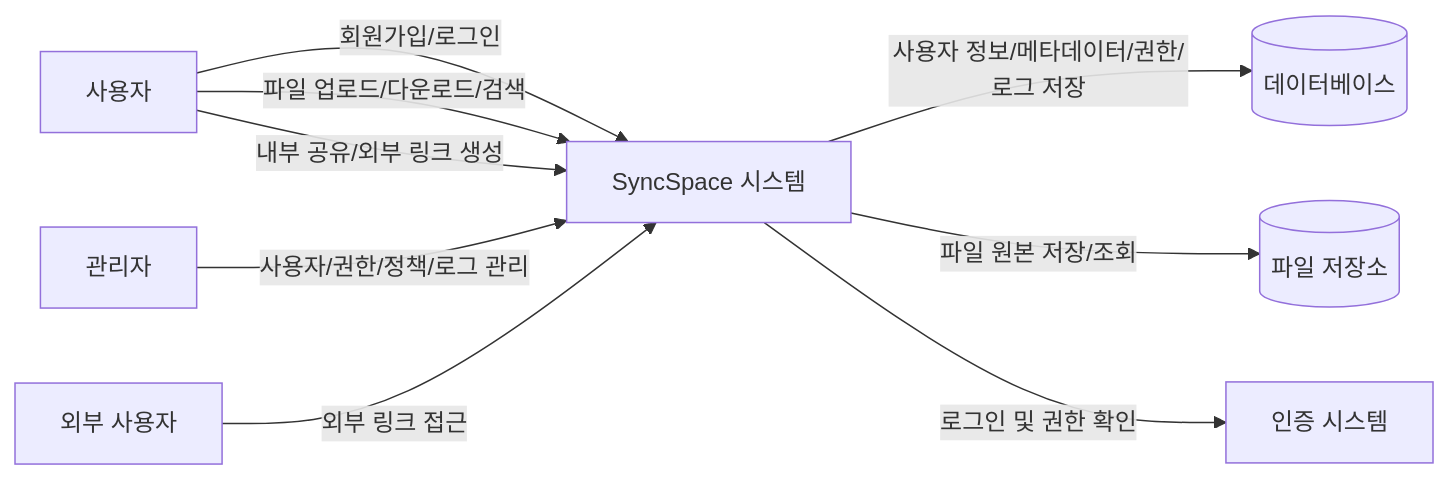
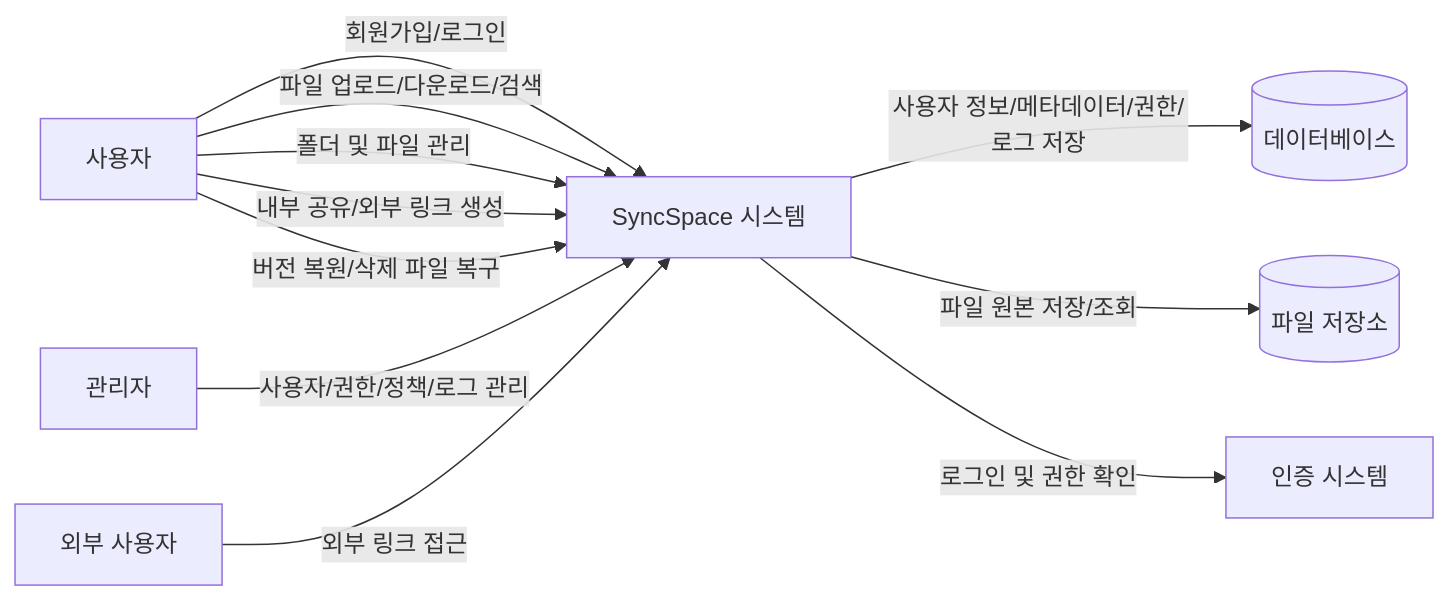
Before and after one commit to csharon0218/se: the first of 16 diagrams in doc/requirements_analysis.md, drawn with Mermaid. The commit also changed other lines of this file and 7 other files, not shown here.

````diff
--- a/doc/requirements_analysis.md
+++ b/doc/requirements_analysis.md
@@ -104,11 +113,16 @@
 ```mermaid
 flowchart LR
     User[사용자] -->|회원가입/로그인| SyncSpace[SyncSpace 시스템]
     User -->|파일 업로드/다운로드/검색| SyncSpace
+    User -->|폴더 및 파일 관리| SyncSpace
     User -->|내부 공유/외부 링크 생성| SyncSpace
+    User -->|버전 복원/삭제 파일 복구| SyncSpace
+
     Admin[관리자] -->|사용자/권한/정책/로그 관리| SyncSpace
+
     ExternalUser[외부 사용자] -->|외부 링크 접근| SyncSpace
+
     SyncSpace -->|사용자 정보/메타데이터/권한/로그 저장| DB[(데이터베이스)]
     SyncSpace -->|파일 원본 저장/조회| Storage[(파일 저장소)]
     SyncSpace -->|로그인 및 권한 확인| Auth[인증 시스템]
 ```
````
